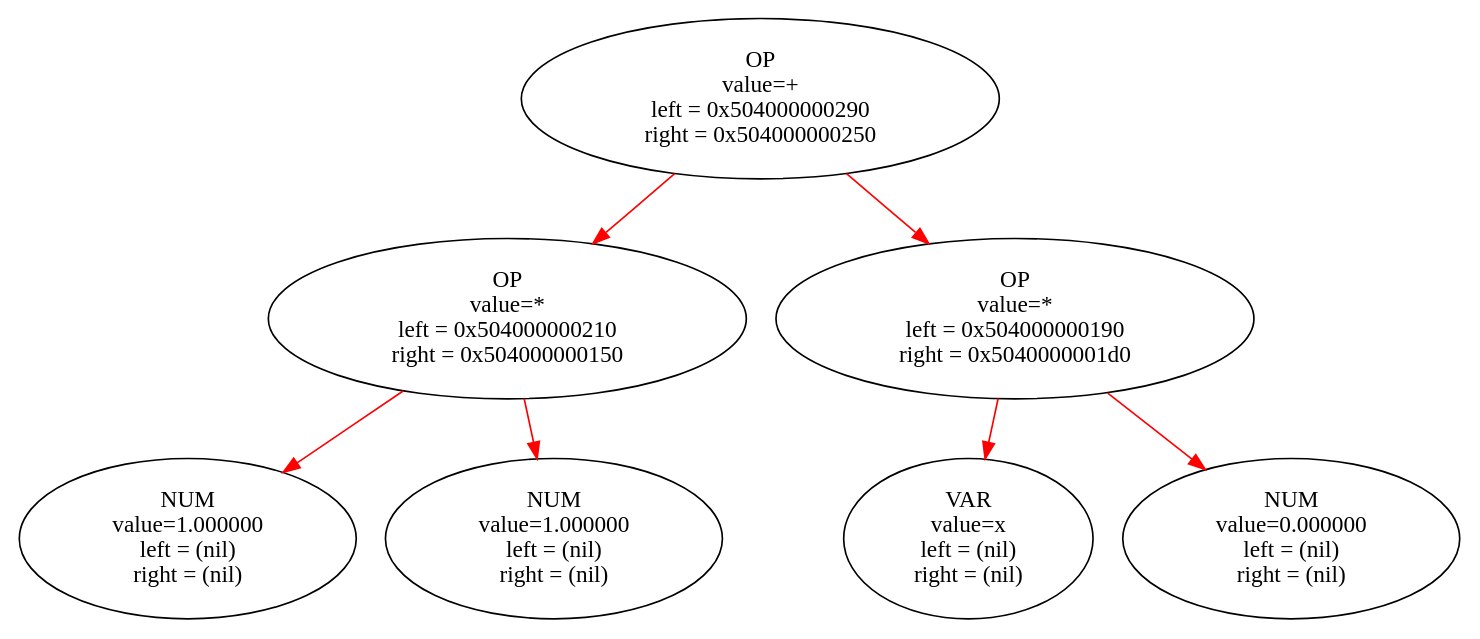
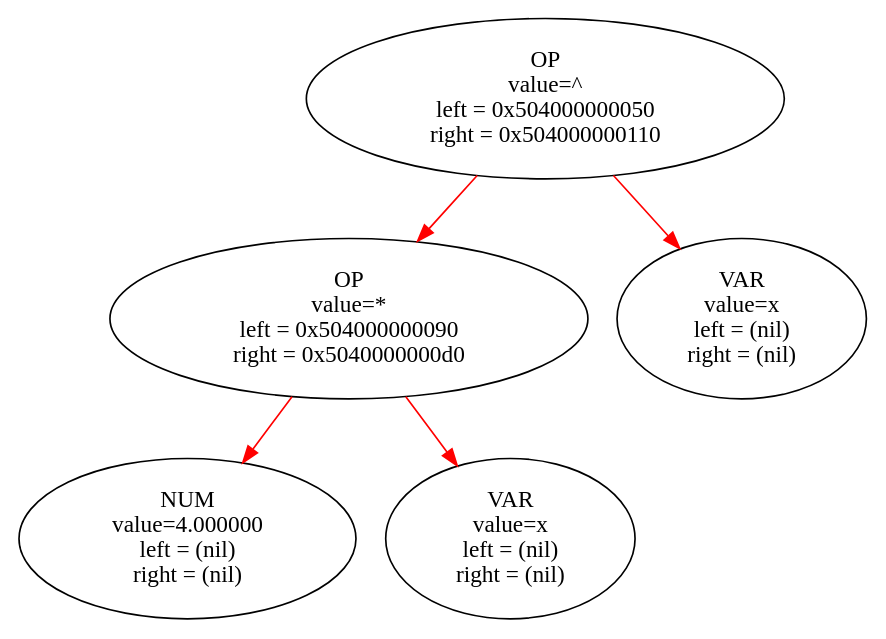
Before and after one commit to Elvesto/Derivator: the diagram in graphs/graph.gv, drawn with Graphviz. The commit also changed 11 other files, not shown here.

```diff
--- a/graphs/graph.gv
+++ b/graphs/graph.gv
@@ -1,17 +1,13 @@
 digraph gh {
 graph [rankdir=TB];
-	node4 [label="OP\n value=+ \n left = 0x504000000290\n right = 0x504000000250"];
-	node4 -> node5 [color=red];
-	node5 [label="OP\n value=* \n left = 0x504000000210\n right = 0x504000000150"];
-	node5 -> node6 [color=red];
-	node6 [label="NUM\n value=1.000000 \n left = (nil)\n right = (nil)"];
-	node5 -> node7 [color=red];
-	node7 [label="NUM\n value=1.000000 \n left = (nil)\n right = (nil)"];
-	node4 -> node8 [color=red];
-	node8 [label="OP\n value=* \n left = 0x504000000190\n right = 0x5040000001d0"];
-	node8 -> node9 [color=red];
-	node9 [label="VAR\n value=x \n left = (nil)\n right = (nil)"];
-	node8 -> node10 [color=red];
-	node10 [label="NUM\n value=0.000000 \n left = (nil)\n right = (nil)"];
+	node29 [label="OP\n value=^ \n left = 0x504000000050\n right = 0x504000000110"];
+	node29 -> node30 [color=red];
+	node30 [label="OP\n value=* \n left = 0x504000000090\n right = 0x5040000000d0"];
+	node30 -> node31 [color=red];
+	node31 [label="NUM\n value=4.000000 \n left = (nil)\n right = (nil)"];
+	node30 -> node32 [color=red];
+	node32 [label="VAR\n value=x \n left = (nil)\n right = (nil)"];
+	node29 -> node33 [color=red];
+	node33 [label="VAR\n value=x \n left = (nil)\n right = (nil)"];
 
 }
```
